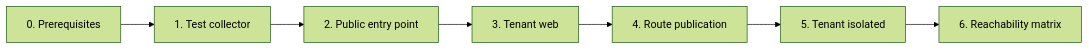
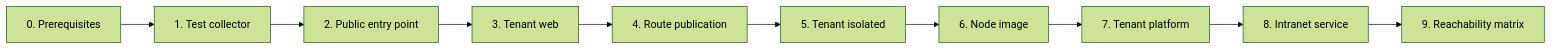
Before and after one commit to CyprisTech/openstack-multitenant-reference: the second of 2 diagrams in README.md, drawn with Mermaid (forest theme). The commit also changed other lines of this file, not shown here.

First line of the commit message:
README: audience, claims with their proofs, limits, platform steps

````diff
--- a/README.md
+++ b/README.md
@@ -147,4 +183,4 @@
 ```mermaid
 flowchart LR
-    P["0. Prerequisites"] --> C["1. Test collector"] --> E["2. Public entry point"] --> W["3. Tenant web"] --> R["4. Route publication"] --> I["5. Tenant isolated"] --> M["6. Reachability matrix"]
+    P["0. Prerequisites"] --> C["1. Test collector"] --> E["2. Public entry point"] --> W["3. Tenant web"] --> R["4. Route publication"] --> I["5. Tenant isolated"] --> IMG["6. Node image"] --> K["7. Tenant platform"] --> S["8. Intranet service"] --> M["9. Reachability matrix"]
 ```
````
